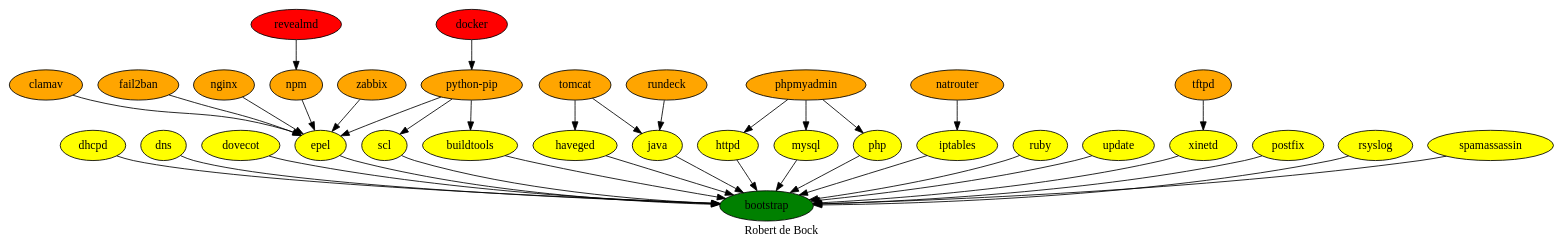
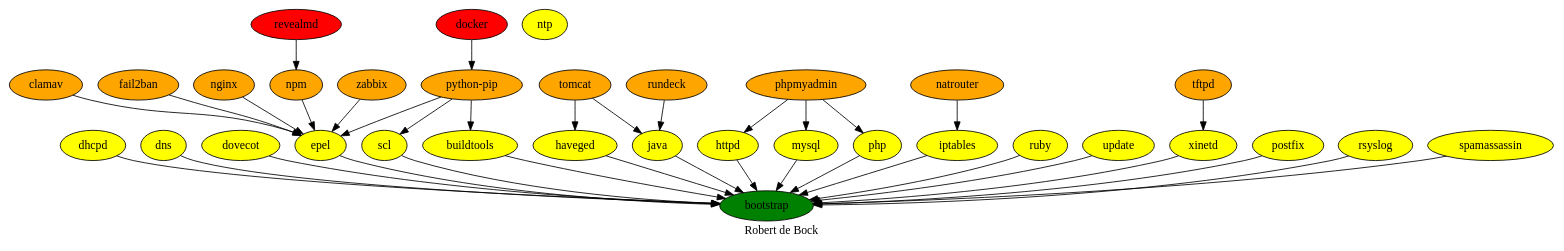
Before and after one commit to robertdebock/robertdebock.github.io: the diagram in dependencies.dot, drawn with Graphviz.

Commit message:
Update dependencies.dot
Adding ntp.

```diff
--- a/dependencies.dot
+++ b/dependencies.dot
@@ -1,48 +1,49 @@
 digraph PhiloDilemma {
   label = "Robert de Bock" ;
   overlap=false
   {
     bootstrap [fillcolor=green style=filled]
     clamav [fillcolor=orange style=filled]
     dhcpd [fillcolor=yellow style=filled]
     dns [fillcolor=yellow style=filled]
     dovecot [fillcolor=yellow style=filled]
     epel [fillcolor=yellow style=filled]
     fail2ban [fillcolor=orange style=filled]
     haveged [fillcolor=yellow style=filled]
     httpd [fillcolor=yellow style=filled]
     iptables [fillcolor=yellow style=filled]
     java [fillcolor=yellow style=filled]
+    ntp [fillcolor=yellow style=filled]
     ruby [fillcolor=yellow style=filled]
     scl [fillcolor=yellow style=filled]
     update [fillcolor=yellow style=filled]
     xinetd [fillcolor=yellow style=filled]
     buildtools [fillcolor=yellow style=filled]
     nginx [fillcolor=orange style=filled]
     "python-pip" [fillcolor=orange style=filled]
     postfix [fillcolor=yellow style=filled]
     rsyslog [fillcolor=yellow style=filled]
     spamassassin [fillcolor=yellow style=filled]
     docker [fillcolor=red style=filled]
     mysql [fillcolor=yellow style=filled]
     npm [fillcolor=orange style=filled]
     natrouter [fillcolor=orange style=filled]
     php [fillcolor=yellow style=filled]
     phpmyadmin [fillcolor=orange style=filled]
     revealmd [fillcolor=red style=filled]
     rundeck [fillcolor=orange style=filled]
     tftpd [fillcolor=orange style=filled]
     tomcat [fillcolor=orange style=filled]
     zabbix [fillcolor=orange style=filled]
   }
   {"buildtools" "dhcpd" "dns" "dovecot" "epel" "haveged" "httpd" "iptables" "java" "mysql" "php" "postfix" "rsyslog" "ruby" "scl" "spamassassin" "update" "xinetd"} -> bootstrap
   {"clamav" "fail2ban" "nginx" "npm" "python-pip" "zabbix"} -> "epel"
   {"docker"} -> "python-pip"
   "revealmd" -> "npm"
   "natrouter" -> "iptables"
   "tftpd" -> "xinetd" 
   "phpmyadmin" -> {"php" "httpd" "mysql"}
   "python-pip" -> {"buildtools" "scl"}
   {"rundeck" "tomcat"} -> java
   {"tomcat"} -> haveged
 }
```
